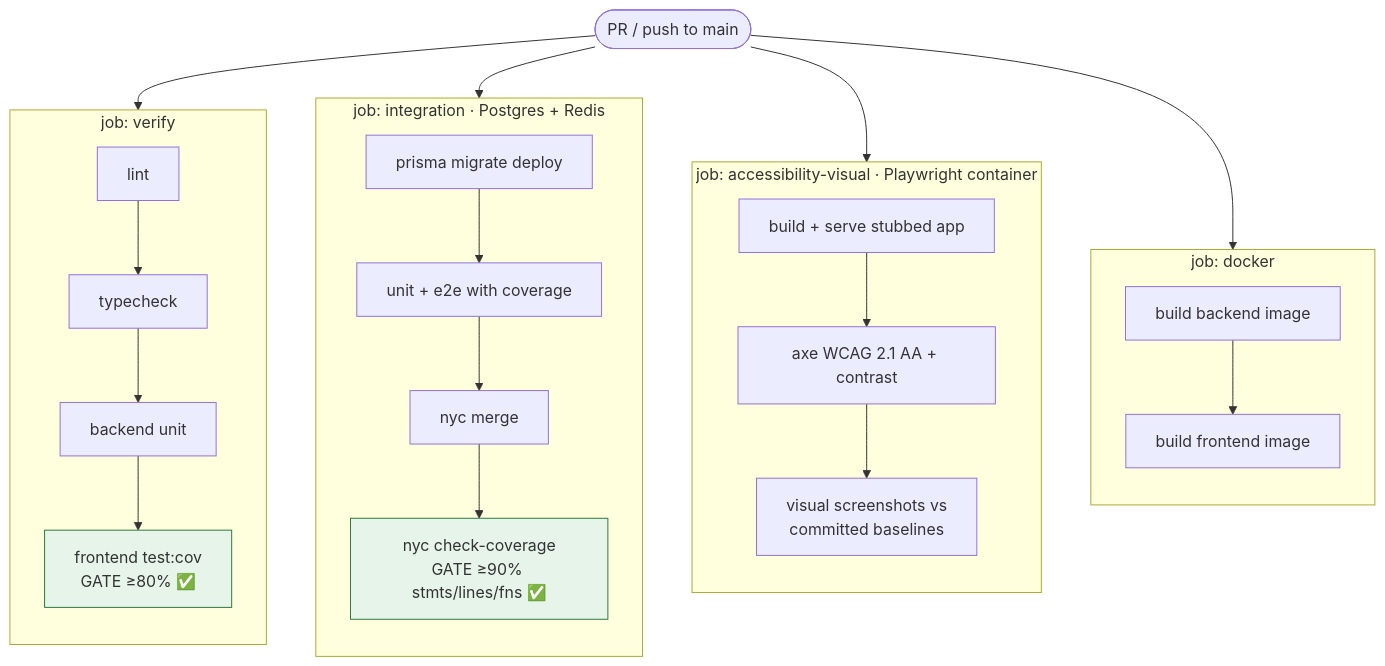
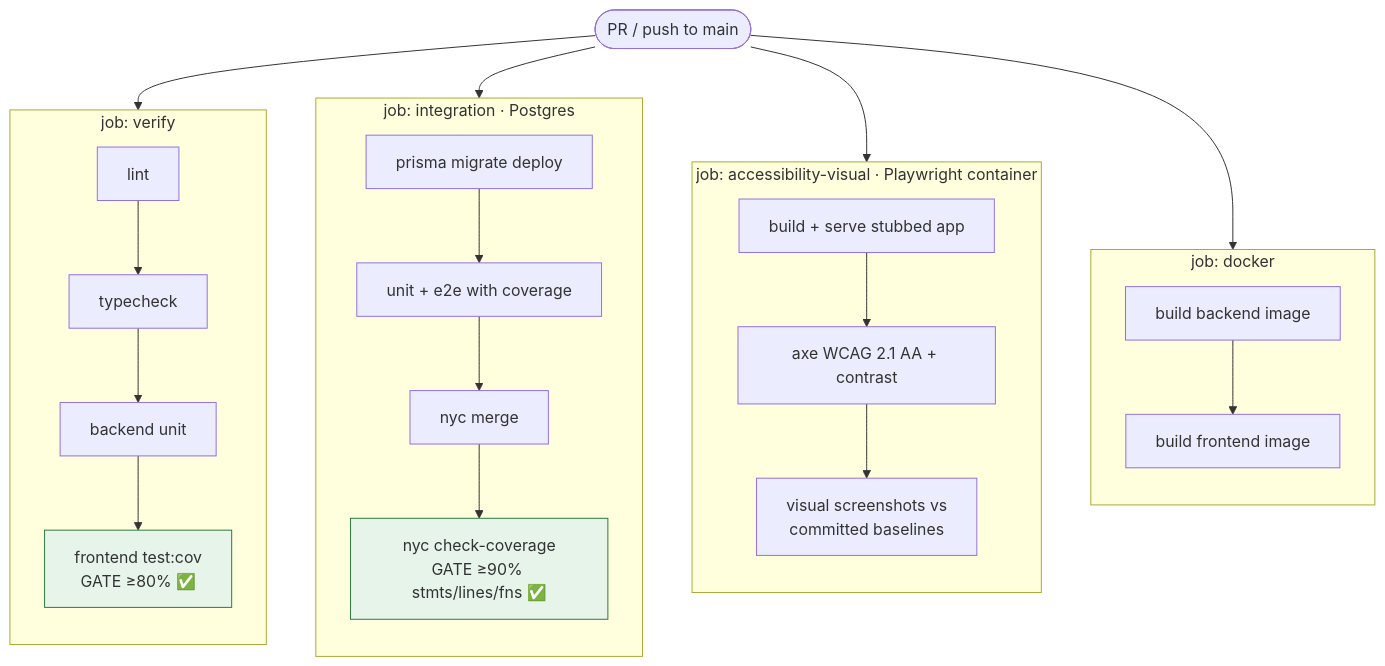
One commit to akritiupreti/virtual-consultation-platform changed the second of 2 diagrams in docs/testing-strategy.md. Above: the diagram before and after it, drawn with Mermaid. The commit also changed other lines of this file and 193 other files, not shown here.

First line of the commit message:
refactor: simplify consultation workflow and fix data-model diagram

````diff
--- a/docs/testing-strategy.md
+++ b/docs/testing-strategy.md
@@ -211,24 +198,24 @@
 ```mermaid
 flowchart TB
     pr([PR / push to main]) --> verify & integration & a11y & docker
 
     subgraph verify [job: verify]
         direction TB
         v1[lint] --> v2[typecheck] --> v3[backend unit] --> v4["frontend test:cov<br/>GATE ≥80% ✅"]
     end
-    subgraph integration [job: integration · Postgres + Redis]
+    subgraph integration [job: integration · Postgres]
         direction TB
         i1[prisma migrate deploy] --> i2[unit + e2e with coverage] --> i3[nyc merge] --> i4["nyc check-coverage<br/>GATE ≥90% stmts/lines/fns ✅"]
     end
     subgraph a11y [job: accessibility-visual · Playwright container]
         direction TB
         a1[build + serve stubbed app] --> a2["axe WCAG 2.1 AA + contrast"] --> a3["visual screenshots vs<br/>committed baselines"]
     end
     subgraph docker [job: docker]
         direction TB
         d1[build backend image] --> d2[build frontend image]
     end
 
     classDef gate fill:#e6f4ea,stroke:#2b7a3d;
     class v4,i4 gate
 ```
````
